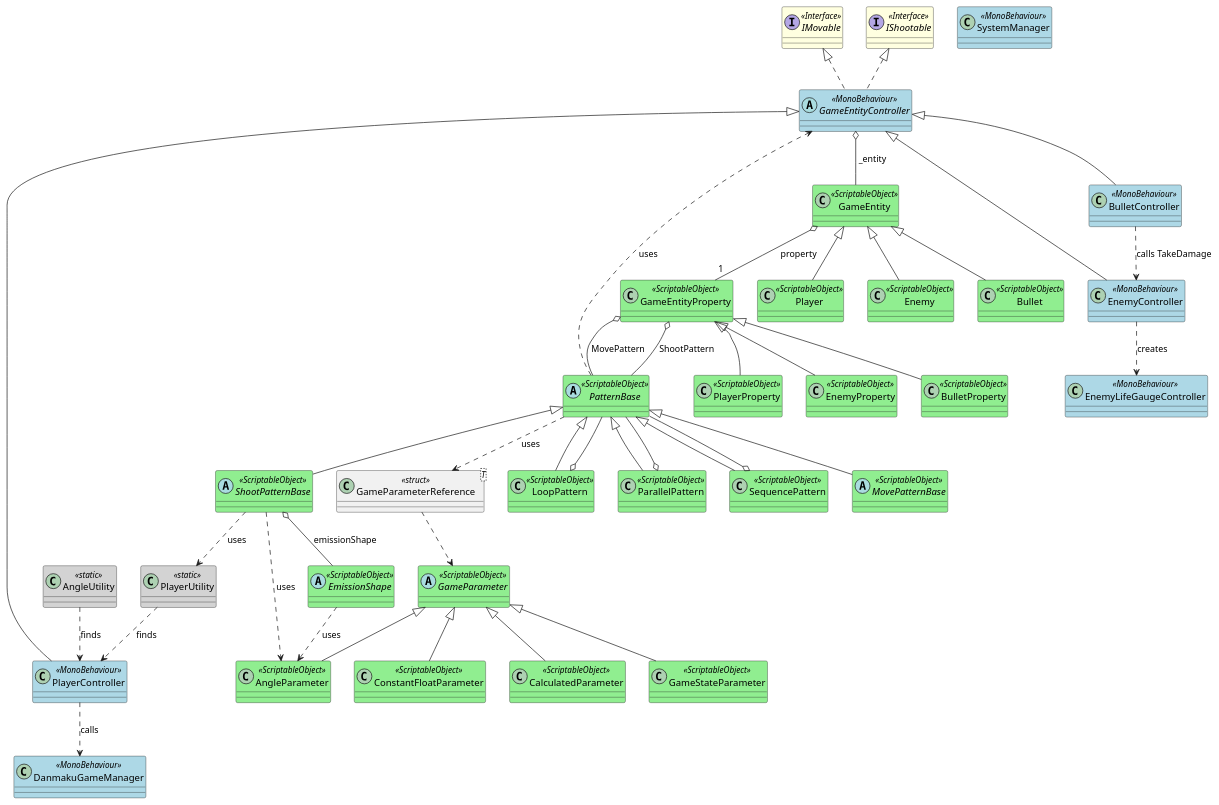
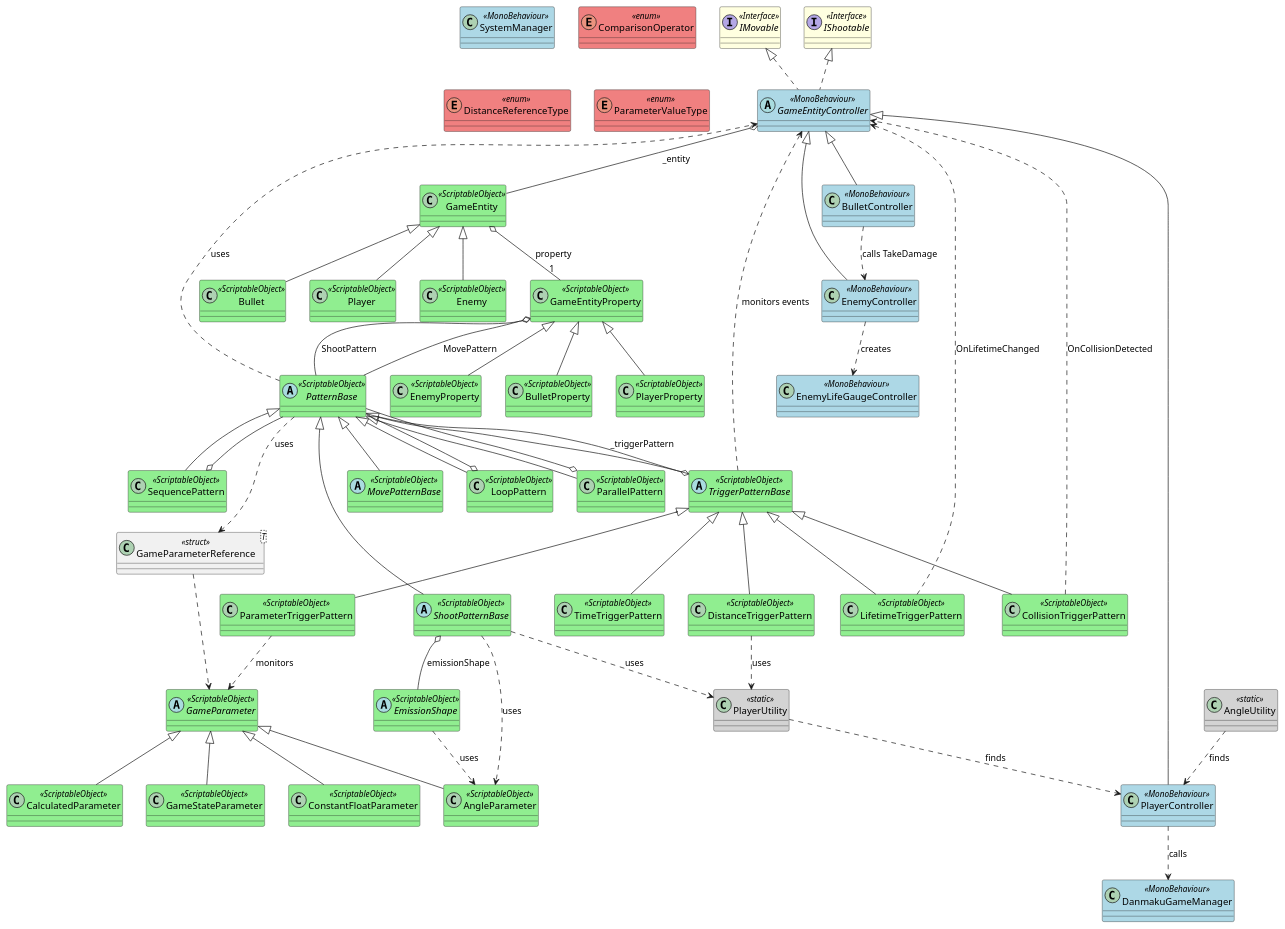
The diagram in CurrentClassDiagram_02_Overview.puml (himitu-da/Touhou-Spell-Up), drawn with PlantUML before and after one commit. The commit also changed 64 other files, not shown here.

```diff
--- a/CurrentClassDiagram_02_Overview.puml
+++ b/CurrentClassDiagram_02_Overview.puml
@@ -1,102 +1,128 @@
 @startuml ClassDiagram_Overview
-' v0.1.12
+' v0.1.13 - TriggerPatternシステム追加
 ' ステレオタイプの色設定
 skinparam class {
     BackgroundColor<<MonoBehaviour>> LightBlue
     BackgroundColor<<ScriptableObject>> LightGreen
     BackgroundColor<<Interface>> LightYellow
     BackgroundColor<<static>> LightGray
+    BackgroundColor<<enum>> LightCoral
 }
 
 ' --- インターフェース定義 ---
 interface IMovable <<Interface>>
 interface IShootable <<Interface>>
 
 ' --- マネージャー ---
 class SystemManager <<MonoBehaviour>>
 class DanmakuGameManager <<MonoBehaviour>>
 
 ' --- エンティティ基盤 ---
 abstract class GameEntityController <<MonoBehaviour>>
 class GameEntity <<ScriptableObject>>
 class GameEntityProperty <<ScriptableObject>>
 
 ' --- Player ---
 class PlayerController <<MonoBehaviour>>
 class Player <<ScriptableObject>>
 class PlayerProperty <<ScriptableObject>>
 
 ' --- Enemy ---
 class EnemyController <<MonoBehaviour>>
 class Enemy <<ScriptableObject>>
 class EnemyProperty <<ScriptableObject>>
 
 ' --- Bullet ---
 class BulletController <<MonoBehaviour>>
 class Bullet <<ScriptableObject>>
 class BulletProperty <<ScriptableObject>>
 
 ' --- パターン関連 ---
 abstract class PatternBase <<ScriptableObject>>
 abstract class MovePatternBase <<ScriptableObject>>
 abstract class ShootPatternBase <<ScriptableObject>>
+abstract class TriggerPatternBase <<ScriptableObject>>
+class TimeTriggerPattern <<ScriptableObject>>
+class LifetimeTriggerPattern <<ScriptableObject>>
+class CollisionTriggerPattern <<ScriptableObject>>
+class DistanceTriggerPattern <<ScriptableObject>>
+class ParameterTriggerPattern <<ScriptableObject>>
 class LoopPattern <<ScriptableObject>>
 class ParallelPattern <<ScriptableObject>>
 class SequencePattern <<ScriptableObject>>
 abstract class EmissionShape <<ScriptableObject>>
+
+' --- GameParameter関連 ---
 abstract class GameParameter <<ScriptableObject>>
 class AngleParameter <<ScriptableObject>>
 class ConstantFloatParameter <<ScriptableObject>>
 class CalculatedParameter <<ScriptableObject>>
 class GameStateParameter <<ScriptableObject>>
 class "GameParameterReference<T>" as GameParameterReference_T <<struct>>
+
+' --- Enums ---
+enum ComparisonOperator <<enum>>
+enum DistanceReferenceType <<enum>>
+enum ParameterValueType <<enum>>
 
 ' --- その他 ---
 class EnemyLifeGaugeController <<MonoBehaviour>>
 class AngleUtility <<static>>
 class PlayerUtility <<static>>
 
 ' --- 継承関係 ---
 GameEntityController <|-- PlayerController
 GameEntityController <|-- EnemyController
 GameEntityController <|-- BulletController
 GameEntity <|-- Player
 GameEntity <|-- Enemy
 GameEntity <|-- Bullet
 GameEntityProperty <|-- PlayerProperty
 GameEntityProperty <|-- EnemyProperty
 GameEntityProperty <|-- BulletProperty
 PatternBase <|-- MovePatternBase
 PatternBase <|-- ShootPatternBase
+PatternBase <|-- TriggerPatternBase
 PatternBase <|-- LoopPattern
 PatternBase <|-- ParallelPattern
 PatternBase <|-- SequencePattern
+TriggerPatternBase <|-- TimeTriggerPattern
+TriggerPatternBase <|-- LifetimeTriggerPattern
+TriggerPatternBase <|-- CollisionTriggerPattern
+TriggerPatternBase <|-- DistanceTriggerPattern
+TriggerPatternBase <|-- ParameterTriggerPattern
 GameParameter <|-- AngleParameter
 GameParameter <|-- ConstantFloatParameter
 GameParameter <|-- CalculatedParameter
 GameParameter <|-- GameStateParameter
 GameParameterReference_T ..> GameParameter
 IMovable <|.. GameEntityController
 IShootable <|.. GameEntityController
 
 ' --- 関連 ---
 PlayerController ..> DanmakuGameManager : "calls"
 GameEntityController o-- GameEntity : " _entity"
 GameEntity o-- "1" GameEntityProperty : " property"
 GameEntityProperty o-- PatternBase : "ShootPattern"
 GameEntityProperty o-- PatternBase : "MovePattern"
 PatternBase ..> GameEntityController : "uses"
 PatternBase ..> GameParameterReference_T : "uses"
+TriggerPatternBase o-- PatternBase : "_triggerPattern"
+TriggerPatternBase ..> GameEntityController : "monitors events"
+LifetimeTriggerPattern ..> GameEntityController : "OnLifetimeChanged"
+CollisionTriggerPattern ..> GameEntityController : "OnCollisionDetected"
+ParameterTriggerPattern ..> GameParameter : "monitors"
+DistanceTriggerPattern ..> PlayerUtility : "uses"
 LoopPattern o-- PatternBase
 ParallelPattern o-- PatternBase
 SequencePattern o-- PatternBase
 ShootPatternBase o-- EmissionShape : "emissionShape"
 ShootPatternBase ..> AngleParameter : "uses"
 EmissionShape ..> AngleParameter : "uses"
 BulletController ..> EnemyController : "calls TakeDamage"
 EnemyController ..> EnemyLifeGaugeController : "creates"
 AngleUtility ..> PlayerController : "finds"
 PlayerUtility ..> PlayerController : "finds"
 ShootPatternBase ..> PlayerUtility : "uses"
 
 @enduml
```
